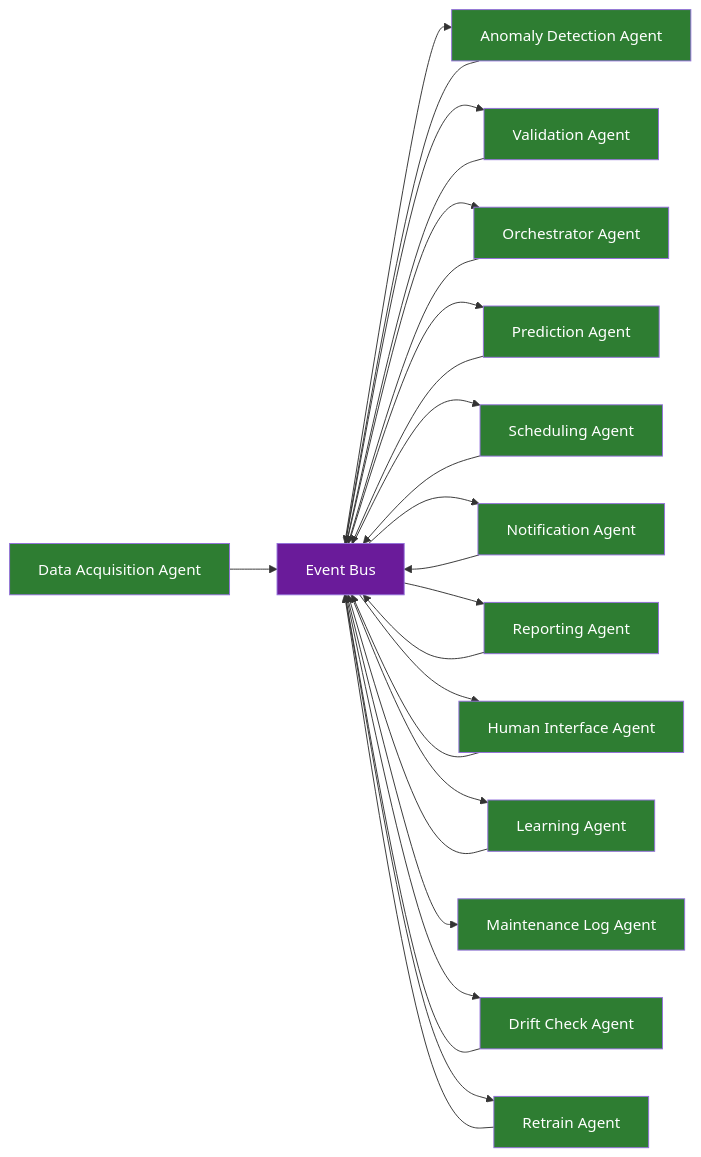
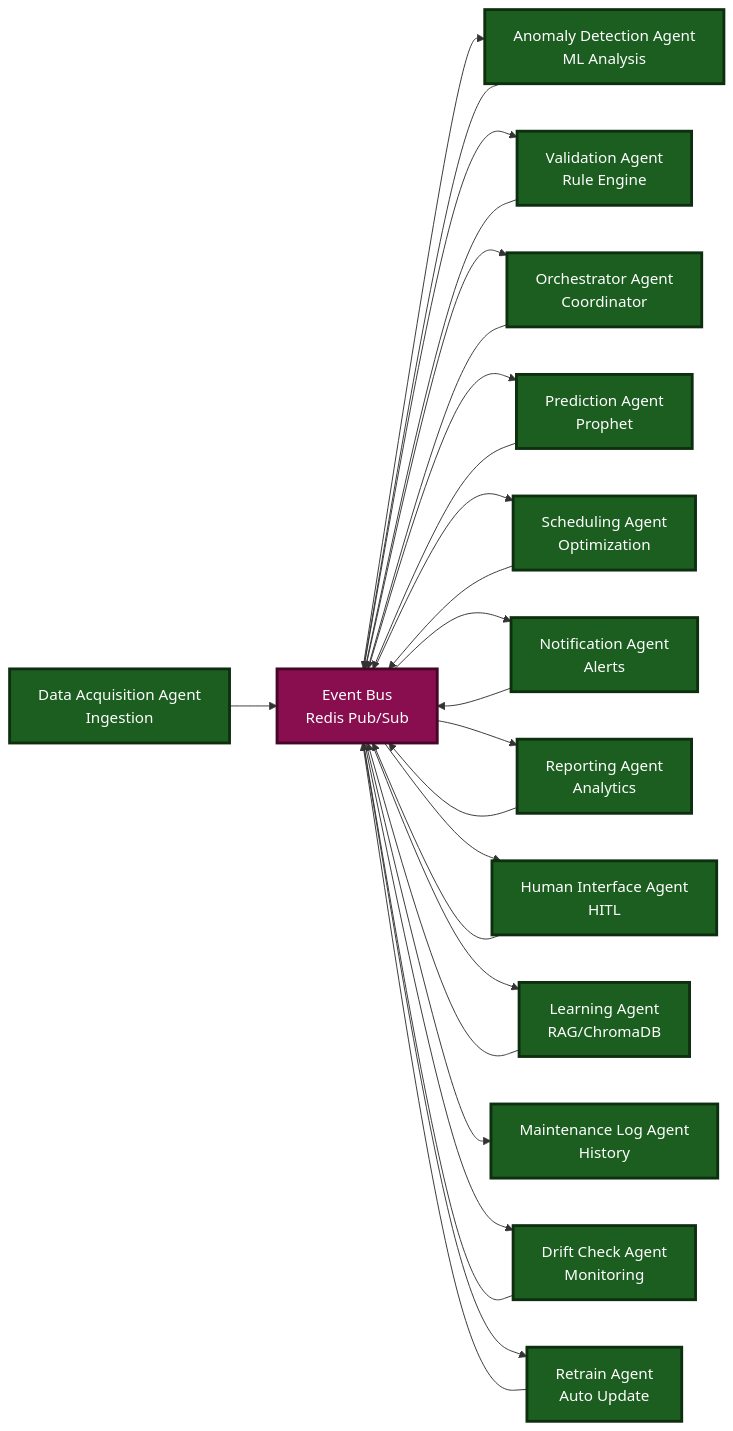
Diagram 15 of 25 in smart-maintenance-saas/docs/SYSTEM_AND_ARCHITECTURE.md (YanCotta/enterprise_challenge_sprint_1_hermes_reply), drawn with Mermaid before and after one commit. The commit also changed other lines of this file, not shown here.

Commit message:
Add comprehensive system diagrams with darker colors for better visibility

````diff
--- a/smart-maintenance-saas/docs/SYSTEM_AND_ARCHITECTURE.md
+++ b/smart-maintenance-saas/docs/SYSTEM_AND_ARCHITECTURE.md
@@ -380,33 +989,33 @@
 ```mermaid
 graph LR
-    DA[Data Acquisition Agent] --> EB[Event Bus]
-    EB --> AD[Anomaly Detection Agent]
+    DA[Data Acquisition Agent<br/>Ingestion] --> EB[Event Bus<br/>Redis Pub/Sub]
+    EB --> AD[Anomaly Detection Agent<br/>ML Analysis]
     AD --> EB
-    EB --> VA[Validation Agent]
+    EB --> VA[Validation Agent<br/>Rule Engine]
     VA --> EB
-    EB --> OA[Orchestrator Agent]
+    EB --> OA[Orchestrator Agent<br/>Coordinator]
     OA --> EB
-    EB --> PA[Prediction Agent]
+    EB --> PA[Prediction Agent<br/>Prophet]
     PA --> EB
-    EB --> SA[Scheduling Agent]
+    EB --> SA[Scheduling Agent<br/>Optimization]
     SA --> EB
-    EB --> NA[Notification Agent]
+    EB --> NA[Notification Agent<br/>Alerts]
     NA --> EB
-    EB --> RA[Reporting Agent]
+    EB --> RA[Reporting Agent<br/>Analytics]
     RA --> EB
-    EB --> HIA[Human Interface Agent]
+    EB --> HIA[Human Interface Agent<br/>HITL]
     HIA --> EB
-    EB --> LA[Learning Agent]
+    EB --> LA[Learning Agent<br/>RAG/ChromaDB]
     LA --> EB
-    EB --> MLA[Maintenance Log Agent]
-    EB --> DCA[Drift Check Agent]
+    EB --> MLA[Maintenance Log Agent<br/>History]
+    EB --> DCA[Drift Check Agent<br/>Monitoring]
     DCA --> EB
-    EB --> RTR[Retrain Agent]
+    EB --> RTR[Retrain Agent<br/>Auto Update]
     RTR --> EB
 
-    classDef agent fill:#2E7D32,color:#ffffff
-    classDef eventbus fill:#6A1B9A,color:#ffffff
+    classDef agent fill:#1B5E20,color:#ffffff,stroke:#0d2f10,stroke-width:3px
+    classDef eventbus fill:#880E4F,color:#ffffff,stroke:#440727,stroke-width:3px
 
     class DA,AD,VA,OA,PA,SA,NA,RA,HIA,LA,MLA,DCA,RTR agent
     class EB eventbus
 ```
````
